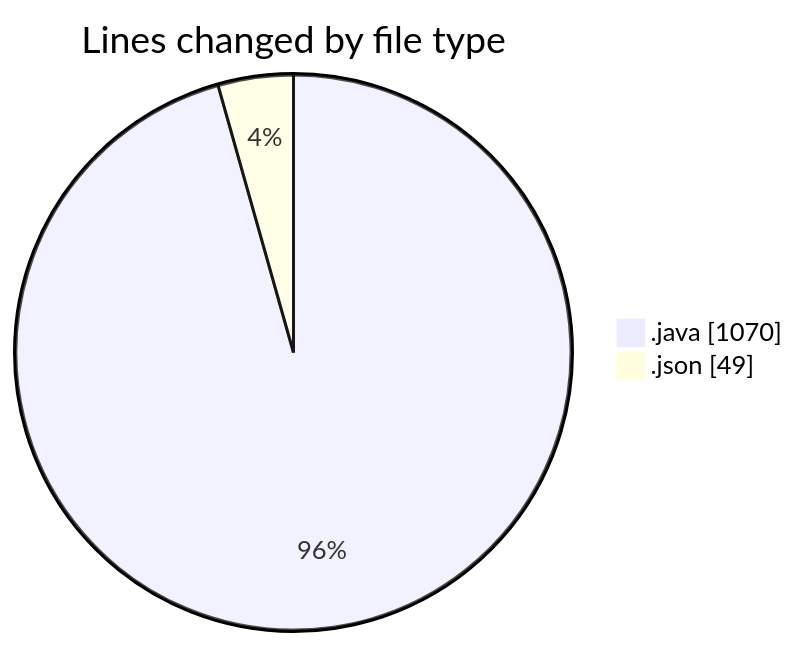
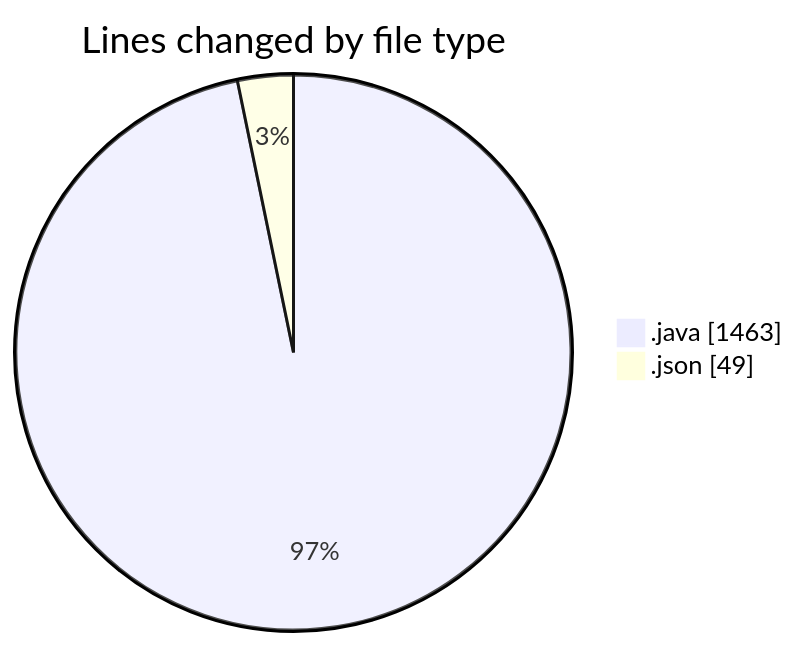
Before and after one commit to ricardozamudiocil/code-tracking: the first of 2 diagrams in 2026-11-26/cilreports__workspace_/README.md, drawn with Mermaid. The commit also changed other lines of this file and 1 other file, not shown here.

````diff
--- a/2026-11-26/cilreports__workspace_/README.md
+++ b/2026-11-26/cilreports__workspace_/README.md
@@ -22,6 +22,6 @@
 ```mermaid
 pie showData
 title Lines changed by file type
-".java" : 1070
+".java" : 1463
 ".json" : 49
 ```
````
